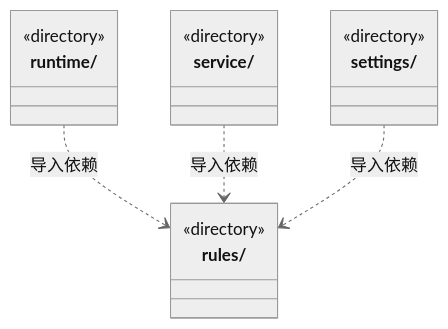
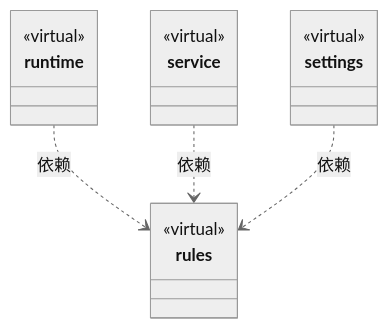
The diagram in src/logic/team/ARCHITECTURE.md (nan023062/cbim), drawn with Mermaid (neutral theme) before and after one commit. The commit also changed other lines of this file and 158 other files, not shown here.

Commit message:
docs: model architecture through nested virtual encapsulations

````diff
--- a/src/logic/team/ARCHITECTURE.md
+++ b/src/logic/team/ARCHITECTURE.md
@@ -35,18 +17,22 @@
 ```mermaid
 classDiagram
-class N_src_logic_team_rules["rules/"] {
-  <<directory>>
+class N_9b6f782505bc["rules"] {
+  <<virtual>>
 }
-class N_src_logic_team_runtime["runtime/"] {
-  <<directory>>
+click N_9b6f782505bc href "rules/ARCHITECTURE.md"
+class N_c74b4310c1d9["runtime"] {
+  <<virtual>>
 }
-class N_src_logic_team_service["service/"] {
-  <<directory>>
+click N_c74b4310c1d9 href "runtime/ARCHITECTURE.md"
+class N_a9d23a3c2195["service"] {
+  <<virtual>>
 }
-class N_src_logic_team_settings["settings/"] {
-  <<directory>>
+click N_a9d23a3c2195 href "service/ARCHITECTURE.md"
+class N_b25bffb2e9f6["settings"] {
+  <<virtual>>
 }
-N_src_logic_team_runtime ..> N_src_logic_team_rules : 导入依赖
-N_src_logic_team_service ..> N_src_logic_team_rules : 导入依赖
-N_src_logic_team_settings ..> N_src_logic_team_rules : 导入依赖
+click N_b25bffb2e9f6 href "settings/ARCHITECTURE.md"
+N_c74b4310c1d9 ..> N_9b6f782505bc : 依赖
+N_a9d23a3c2195 ..> N_9b6f782505bc : 依赖
+N_b25bffb2e9f6 ..> N_9b6f782505bc : 依赖
 ```
````
